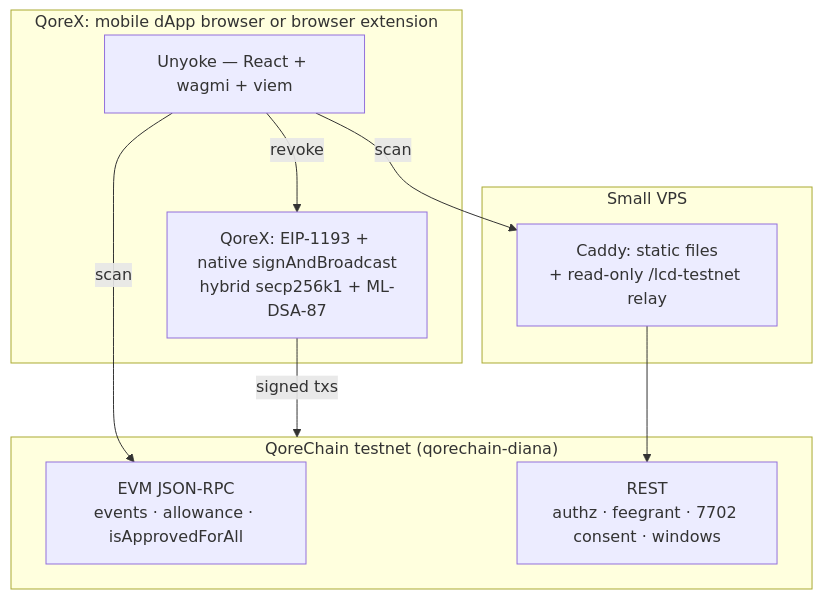
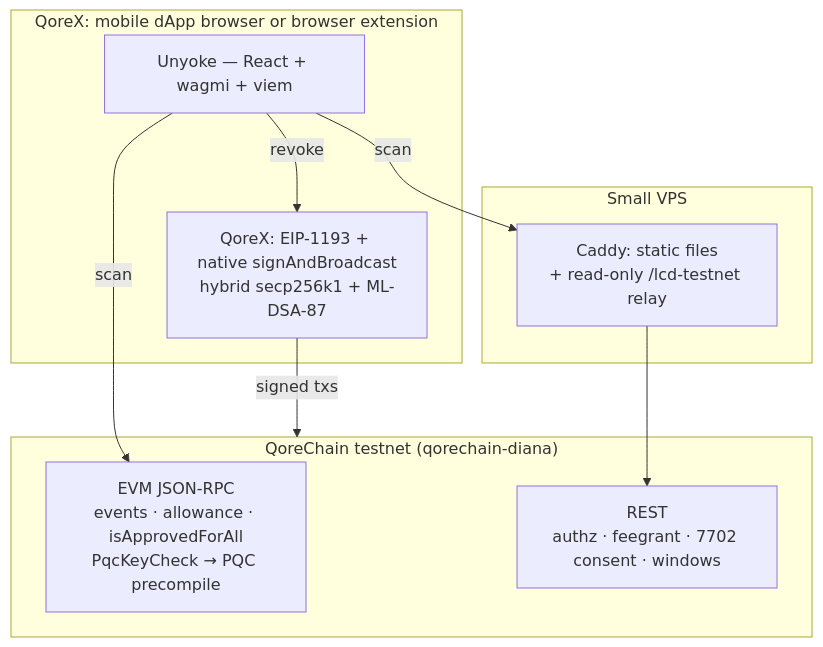
Before and after one commit to phoenix-2203/unyoke: the third of 3 diagrams in README.md, drawn with Mermaid. The commit also changed other lines of this file, not shown here.

Commit message:
README: architecture includes the post-quantum key check
Claude-Session: https://claude.ai/code/session_01LoEBbn92jKSsDHFj1Bj6cK

````diff
--- a/README.md
+++ b/README.md
@@ -211,17 +211,17 @@
 ```mermaid
 flowchart TB
     subgraph Phone["QoreX: mobile dApp browser or browser extension"]
         UI["Unyoke — React + wagmi + viem"]
         W["QoreX: EIP-1193 + native signAndBroadcast<br/>hybrid secp256k1 + ML-DSA-87"]
     end
     subgraph VPS["Small VPS"]
         Caddy["Caddy: static files<br/>+ read-only /lcd-testnet relay"]
     end
     subgraph Chain["QoreChain testnet (qorechain-diana)"]
-        EVM["EVM JSON-RPC<br/>events · allowance · isApprovedForAll"]
+        EVM["EVM JSON-RPC<br/>events · allowance · isApprovedForAll<br/>PqcKeyCheck → PQC precompile"]
         REST["REST<br/>authz · feegrant · 7702 consent · windows"]
     end
     UI -->|scan| EVM
     UI -->|scan| Caddy --> REST
     UI -->|revoke| W -->|signed txs| Chain
 ```
````
